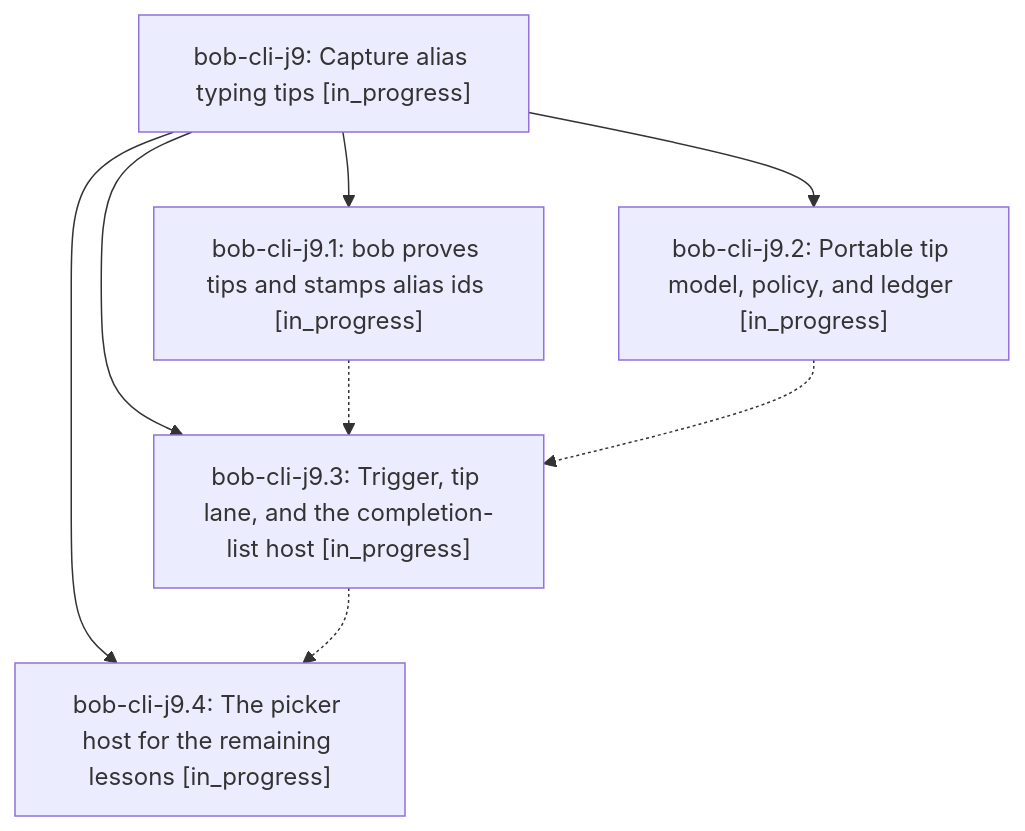
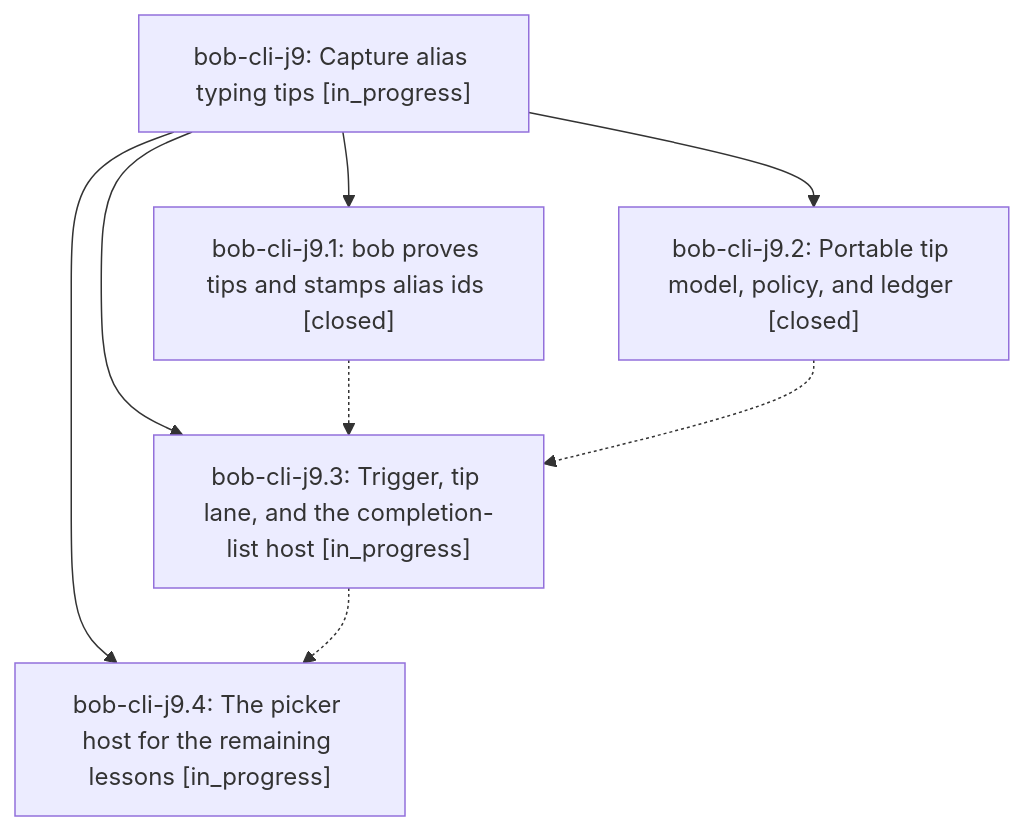
Before and after one commit to bobs-org/bob-cli--beads: the diagram in pages/bob-cli-j9/README.md, drawn with Mermaid. The commit also changed other lines of this file and 3 other files, not shown here.

First line of the commit message:
chore(beads): sync bead state and pages for bob-cli-j9

````diff
--- a/pages/bob-cli-j9/README.md
+++ b/pages/bob-cli-j9/README.md
@@ -25,15 +25,15 @@
 ```mermaid
 flowchart TD
     n0["bob-cli-j9: Capture alias typing tips [in_progress]"]
-    n1["bob-cli-j9.1: bob proves tips and stamps alias ids [in_progress]"]
-    n2["bob-cli-j9.2: Portable tip model, policy, and ledger [in_progress]"]
+    n1["bob-cli-j9.1: bob proves tips and stamps alias ids [closed]"]
+    n2["bob-cli-j9.2: Portable tip model, policy, and ledger [closed]"]
     n3["bob-cli-j9.3: Trigger, tip lane, and the completion-list host [in_progress]"]
     n4["bob-cli-j9.4: The picker host for the remaining lessons [in_progress]"]
     n0 --> n1
     n0 --> n2
     n0 --> n3
     n0 --> n4
     n1 -.-> n3
     n2 -.-> n3
     n3 -.-> n4
 ```
````
